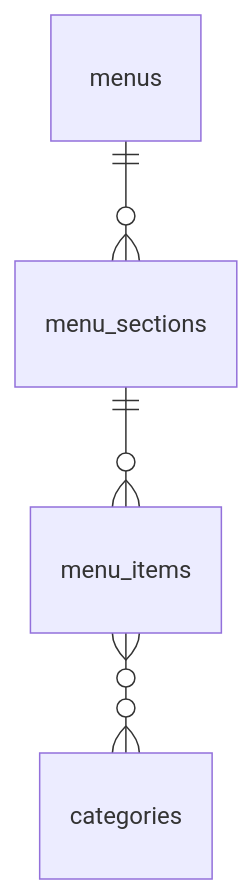
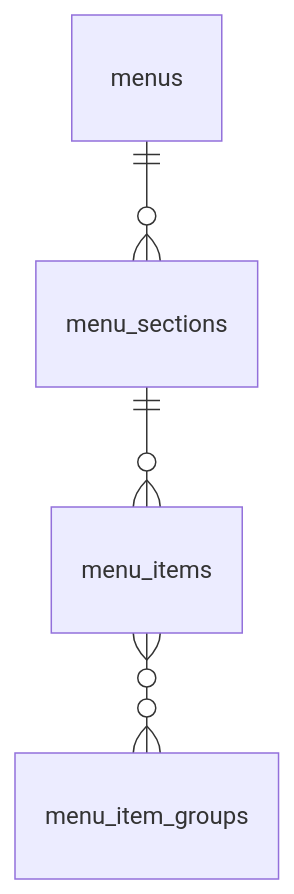
One commit to qr-snap-order/qr-snap-order-backend changed the second of 2 diagrams in docs/er.md. Above: the diagram before and after it, drawn with Mermaid. The commit also changed 13 other files, not shown here.

Commit message:
update: change name from category to menuItemGroup

````diff
--- a/docs/er.md
+++ b/docs/er.md
@@ -13,6 +13,6 @@
 ```mermaid
 erDiagram
     menus ||--o{ menu_sections : ""
     menu_sections ||--o{ menu_items : ""
-    menu_items }o--o{ categories : ""
+    menu_items }o--o{ menu_item_groups : ""
 ```
````
